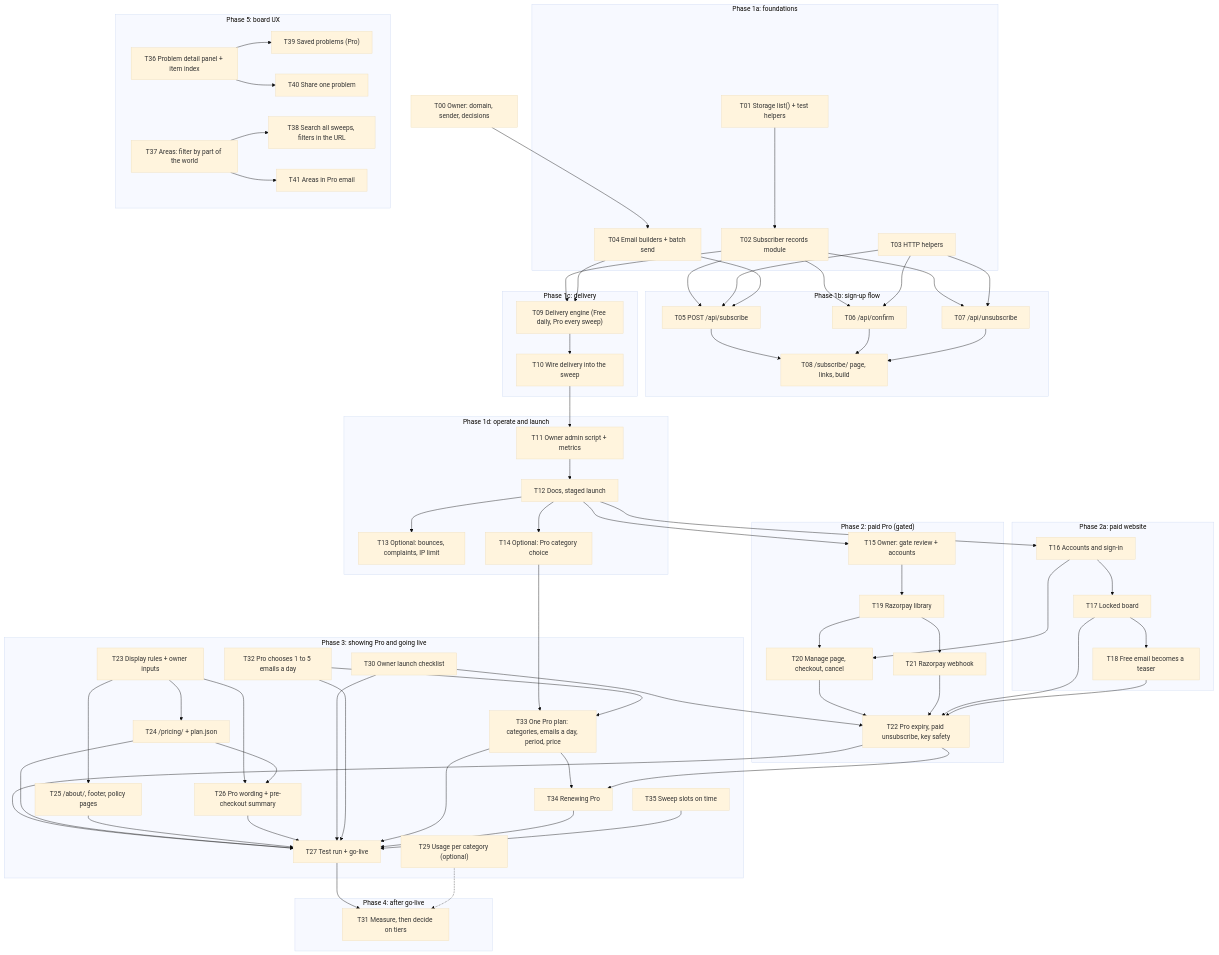
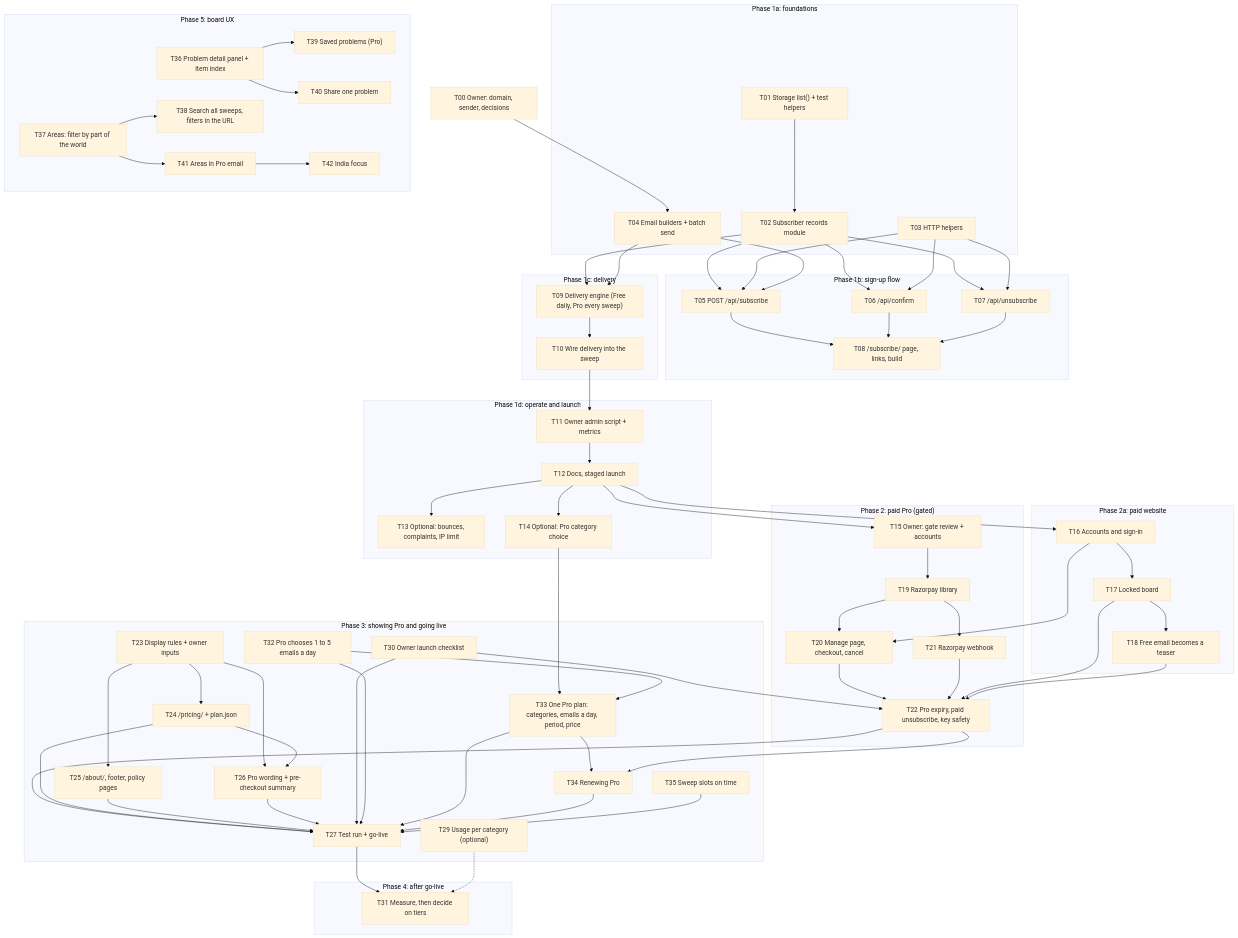
One commit to bhawnamanglapm/travel-problem-radar-case-study changed the diagram in docs/subscriptions/tasks/README.md. Above: the diagram before and after it, drawn with Mermaid (base theme). The commit also changed other lines of this file and 21 other files, not shown here.

First line of the commit message:
docs: India focus across the PM docs (T42, REQ-47, KPI-20, CR-23, RM-38)

````diff
--- a/docs/subscriptions/tasks/README.md
+++ b/docs/subscriptions/tasks/README.md
@@ -98,6 +99,7 @@
     T39["T39 Saved problems (Pro)"]
     T40["T40 Share one problem"]
     T41["T41 Areas in Pro email"]
+    T42["T42 India focus"]
   end
   T00 --> T04
   T01 --> T02
@@ -124,4 +126,5 @@
   T29 -.-> T31
   T36 --> T39 & T40
   T37 --> T38 & T41
+  T41 --> T42
 ```
````
